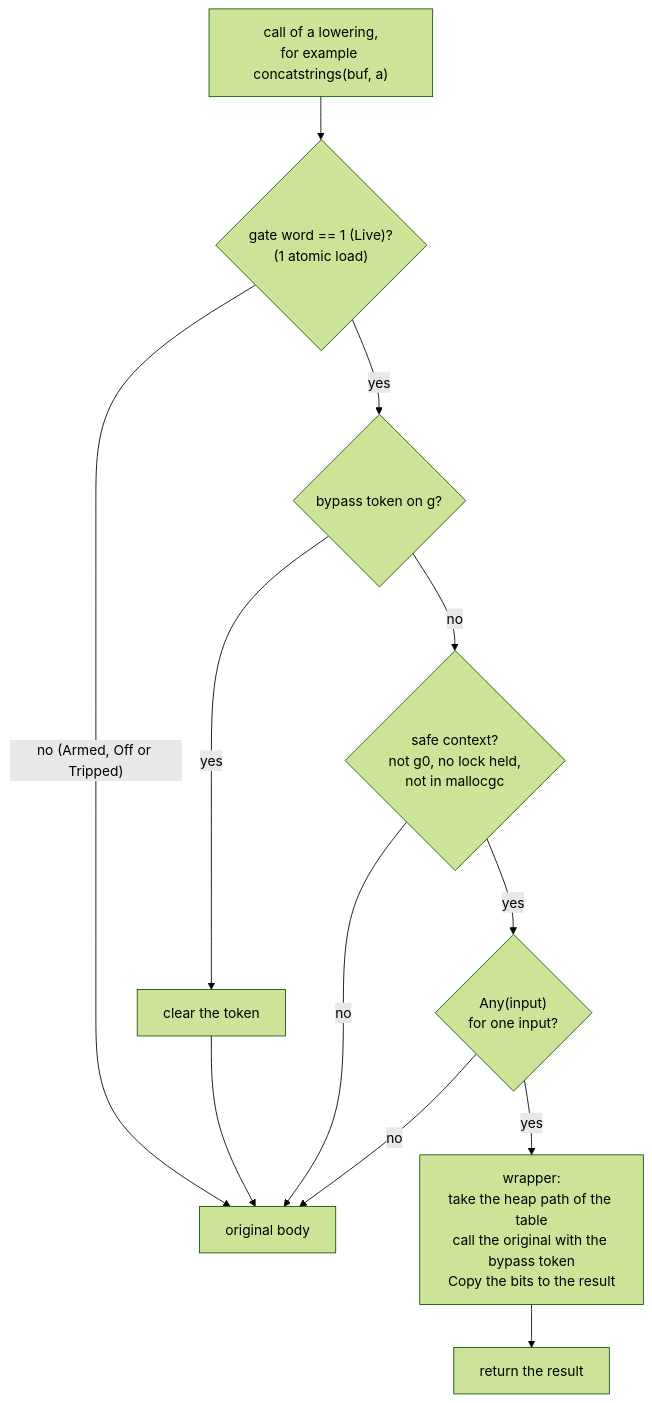
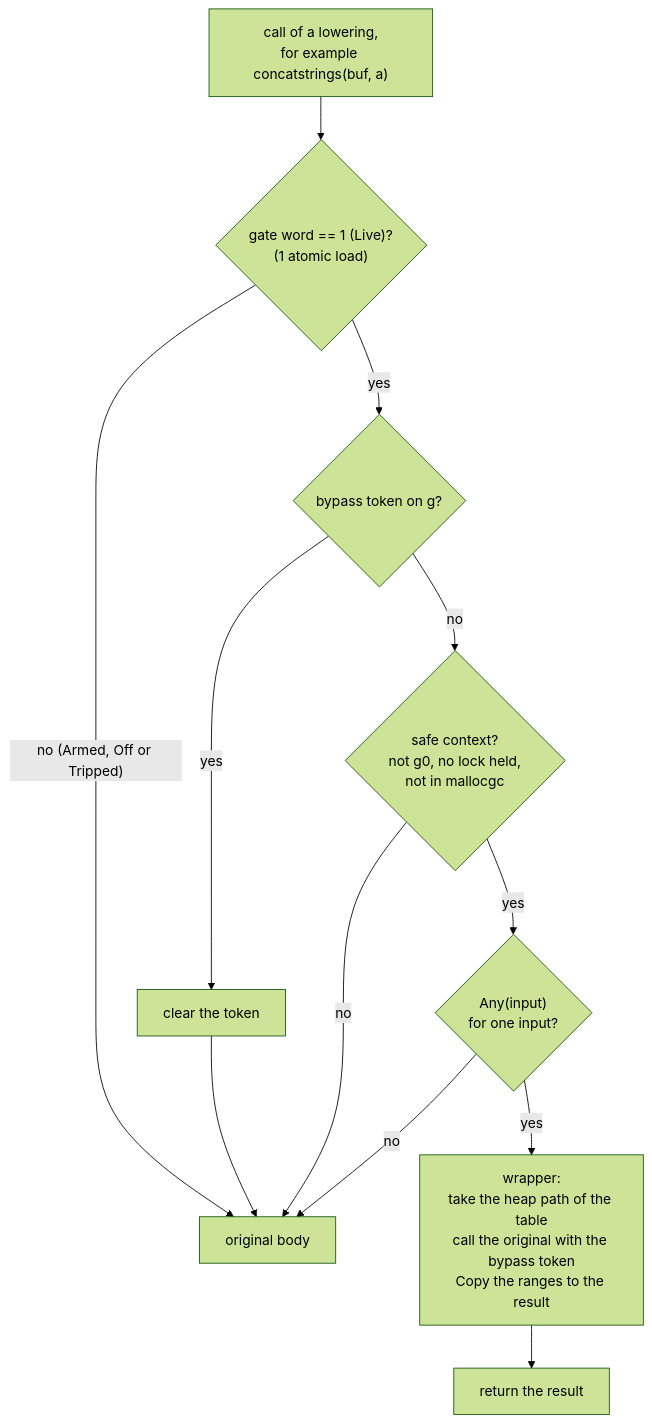
The fourth of 7 diagrams in _docs/design/taint-tracking-v0.md (DataDog/dd-iast-go), drawn with Mermaid (forest theme) before and after one commit. The commit also changed other lines of this file, not shown here.

First line of the commit message:
docs(design): v5, track the origin on heap address ranges

````diff
--- a/_docs/design/taint-tracking-v0.md
+++ b/_docs/design/taint-tracking-v0.md
@@ -664,13 +663,13 @@
 ```mermaid
 flowchart TD
   E["call of a lowering,<br/>for example concatstrings(buf, a)"] --> G{"gate word == 1 (Live)?<br/>(1 atomic load)"}
   G -- "no (Armed, Off or Tripped)" --> ORIG["original body"]
   G -- yes --> BY{"bypass token on g?"}
   BY -- yes --> CLR["clear the token"] --> ORIG
   BY -- no --> CTX{"safe context?<br/>not g0, no lock held,<br/>not in mallocgc"}
   CTX -- no --> ORIG
   CTX -- yes --> ANY{"Any(input)<br/>for one input?"}
   ANY -- no --> ORIG
-  ANY -- yes --> WR["wrapper:<br/>take the heap path of the table<br/>call the original with the bypass token<br/>Copy the bits to the result"]
+  ANY -- yes --> WR["wrapper:<br/>take the heap path of the table<br/>call the original with the bypass token<br/>Copy the ranges to the result"]
   WR --> RET["return the result"]
 ```
````
